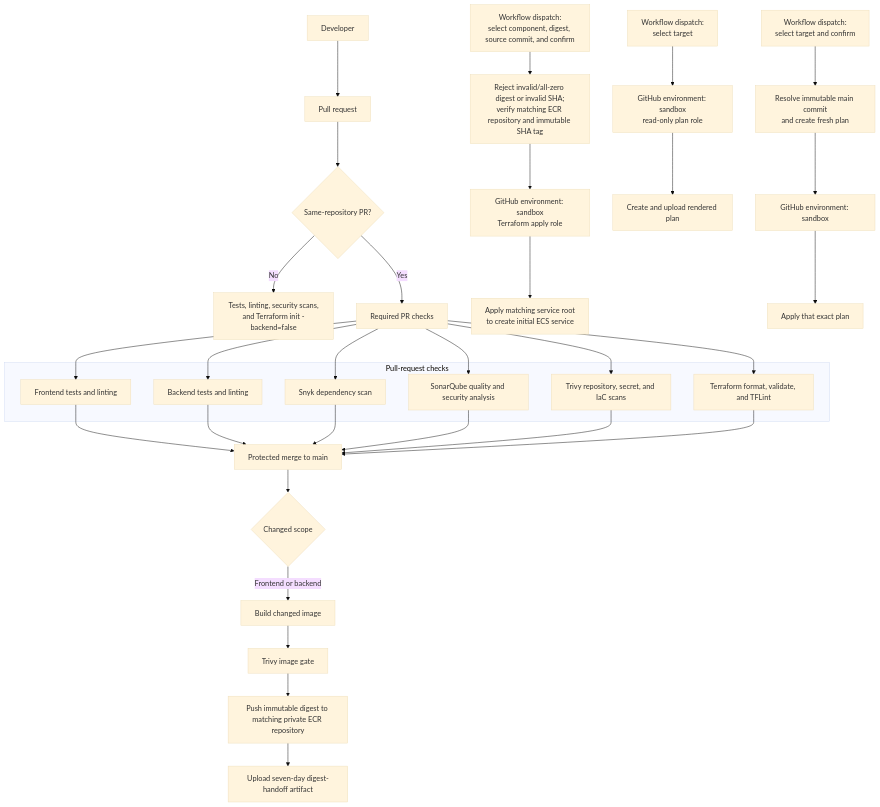
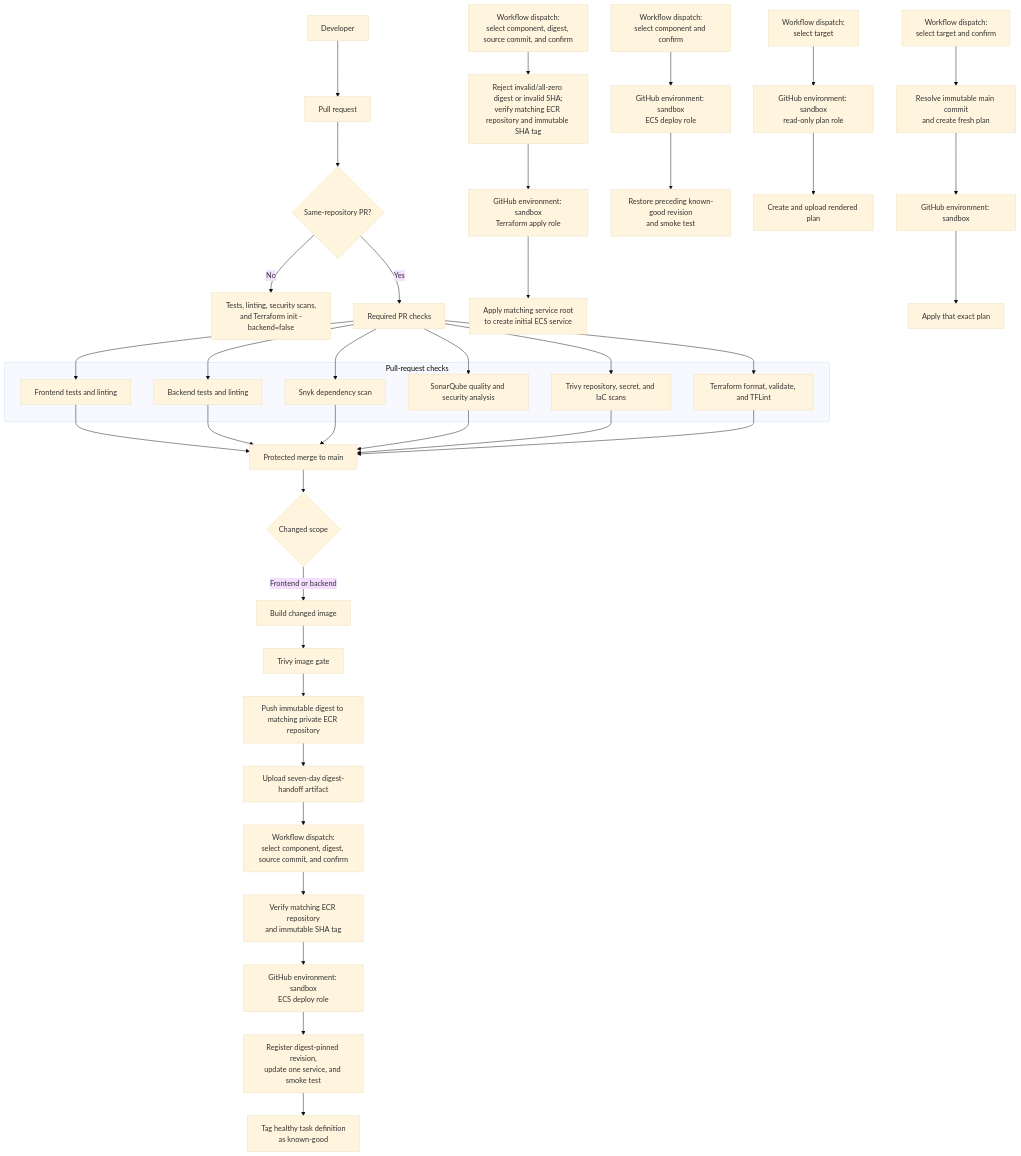
One commit to afaryy/happy-post changed the diagram in docs/diagrams/cicd.mmd. Above: the diagram before and after it, drawn with Mermaid (base theme). The commit also changed 12 other files, not shown here.

Commit message:
feat: add controlled ECS deployment and rollback

```diff
--- a/docs/diagrams/cicd.mmd
+++ b/docs/diagrams/cicd.mmd
@@ -1,42 +1,49 @@
 flowchart TB
     developer[Developer] --> pr[Pull request]
     pr --> same_repo{Same-repository PR?}
     same_repo -->|No| fork_validation[Tests, linting, security scans,<br/>and Terraform init -backend=false]
     same_repo -->|Yes| checks_start[Required PR checks]
 
     subgraph pull_request_checks[Pull-request checks]
         frontend_ci[Frontend tests and linting]
         backend_ci[Backend tests and linting]
         snyk[Snyk dependency scan]
         sonar[SonarQube quality and security analysis]
         trivy[Trivy repository, secret, and IaC scans]
         terraform_checks[Terraform format, validate, and TFLint]
     end
 
     checks_start --> frontend_ci
     checks_start --> backend_ci
     checks_start --> snyk
     checks_start --> sonar
     checks_start --> trivy
     checks_start --> terraform_checks
     frontend_ci --> merge[Protected merge to main]
     backend_ci --> merge
     snyk --> merge
     sonar --> merge
     trivy --> merge
     terraform_checks --> merge
 
     merge --> change{Changed scope}
     change -->|Frontend or backend| build[Build changed image]
     build --> image_trivy[Trivy image gate]
     image_trivy --> ecr[Push immutable digest to matching private ECR repository]
     ecr --> handoff[Upload seven-day digest-handoff artifact]
     manual_bootstrap[Workflow dispatch:<br/>select component, digest, source commit, and confirm] --> validate_digest[Reject invalid/all-zero digest or invalid SHA;<br/>verify matching ECR repository and immutable SHA tag]
     validate_digest --> bootstrap_sandbox[GitHub environment: sandbox<br/>Terraform apply role]
     bootstrap_sandbox --> bootstrap[Apply matching service root<br/>to create initial ECS service]
+    handoff --> manual_deploy[Workflow dispatch:<br/>select component, digest, source commit, and confirm]
+    manual_deploy --> deploy_provenance[Verify matching ECR repository<br/>and immutable SHA tag]
+    deploy_provenance --> deploy_sandbox[GitHub environment: sandbox<br/>ECS deploy role]
+    deploy_sandbox --> deploy[Register digest-pinned revision,<br/>update one service, and smoke test]
+    deploy --> known_good[Tag healthy task definition<br/>as known-good]
+    manual_rollback[Workflow dispatch:<br/>select component and confirm] --> rollback_sandbox[GitHub environment: sandbox<br/>ECS deploy role]
+    rollback_sandbox --> rollback[Restore preceding known-good revision<br/>and smoke test]
 
     manual_plan[Workflow dispatch:<br/>select target] --> plan_sandbox[GitHub environment: sandbox<br/>read-only plan role]
     plan_sandbox --> rendered_plan[Create and upload rendered plan]
     manual_apply[Workflow dispatch:<br/>select target and confirm] --> fresh_plan[Resolve immutable main commit<br/>and create fresh plan]
     fresh_plan --> terraform_sandbox[GitHub environment: sandbox]
     terraform_sandbox --> apply[Apply that exact plan]
```
